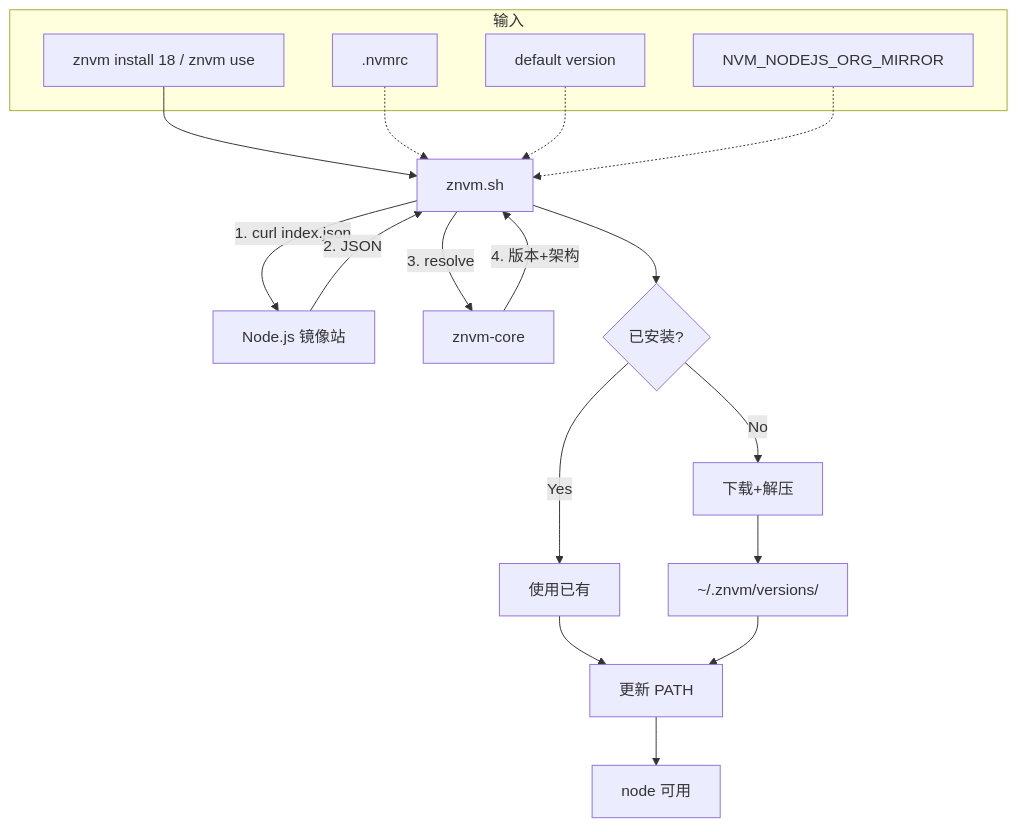
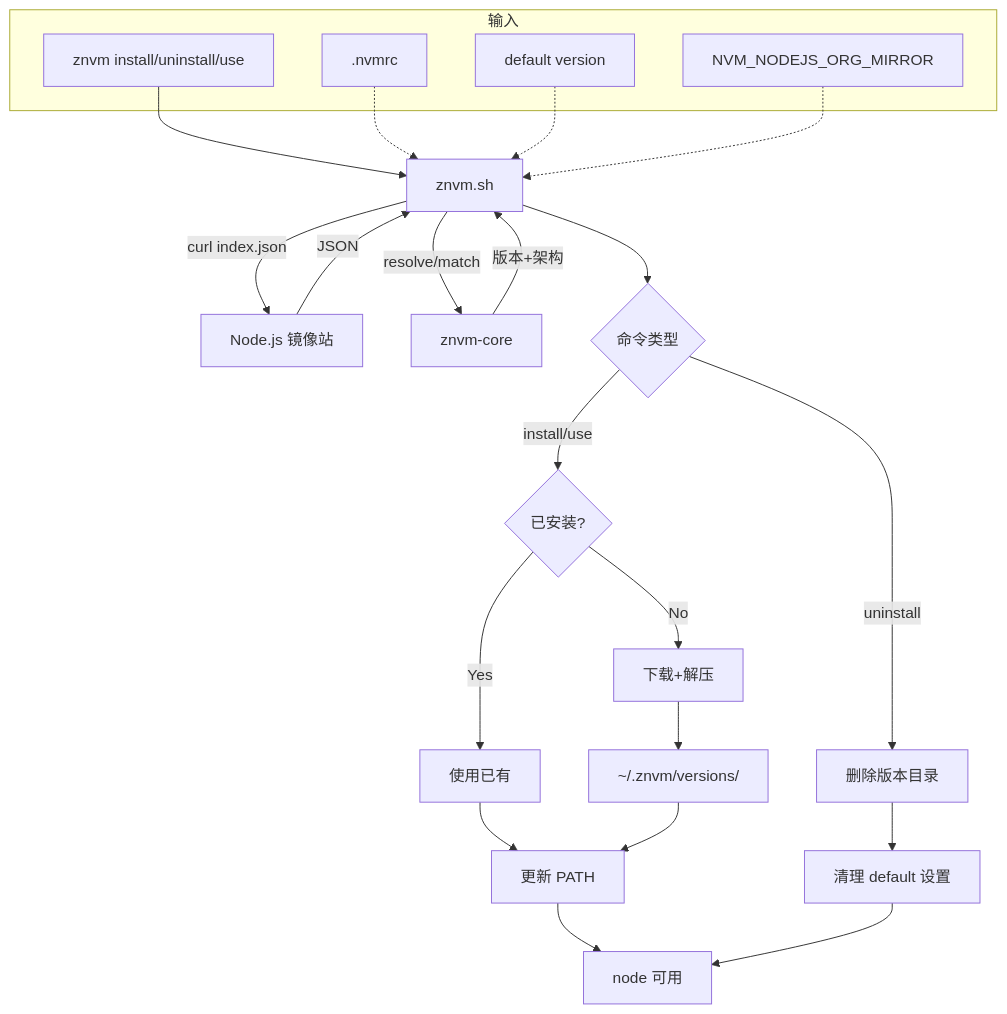
One commit to charlzyx/znvm changed the diagram in README.md. Above: the diagram before and after it, drawn with Mermaid. The commit also changed other lines of this file and 1 other file, not shown here.

````diff
--- a/README.md
+++ b/README.md
@@ -199,30 +153,34 @@
 ```mermaid
 flowchart TD
     subgraph Input["输入"]
-        UserCmd["znvm install 18 / znvm use"]
+        UserCmd["znvm install/uninstall/use"]
         Nvmrc[".nvmrc"]
         DefaultVer["default version"]
         MirrorEnv["NVM_NODEJS_ORG_MIRROR"]
     end
 
     Shell["znvm.sh"]
 
     UserCmd --> Shell
     Nvmrc -.-> Shell
     DefaultVer -.-> Shell
     MirrorEnv -.-> Shell
 
-    Shell -->|"1. curl index.json"| NodeDist["Node.js 镜像站"]
-    NodeDist -->|"2. JSON"| Shell
-    Shell -->|"3. resolve"| ZigCore["znvm-core"]
-    ZigCore -->|"4. 版本+架构"| Shell
+    Shell -->|"curl index.json"| NodeDist["Node.js 镜像站"]
+    NodeDist -->|"JSON"| Shell
+    Shell -->|"resolve/match"| ZigCore["znvm-core"]
+    ZigCore -->|"版本+架构"| Shell
 
-    CheckInstalled{"已安装?"}
-    Shell --> CheckInstalled
+    CheckCmd{"命令类型"}
+    Shell --> CheckCmd
+    CheckCmd -->|"install/use"| CheckInstalled{"已安装?"}
+    CheckCmd -->|"uninstall"| Remove["删除版本目录"]
     CheckInstalled -->|"Yes"| UseExisting["使用已有"]
     CheckInstalled -->|"No"| Download["下载+解压"]
     Download --> InstallDir["~/.znvm/versions/"]
     UseExisting --> UpdatePath["更新 PATH"]
     InstallDir --> UpdatePath
+    Remove --> CleanDefault["清理 default 设置"]
     UpdatePath --> Env["node 可用"]
+    CleanDefault --> Env
 ```
````
